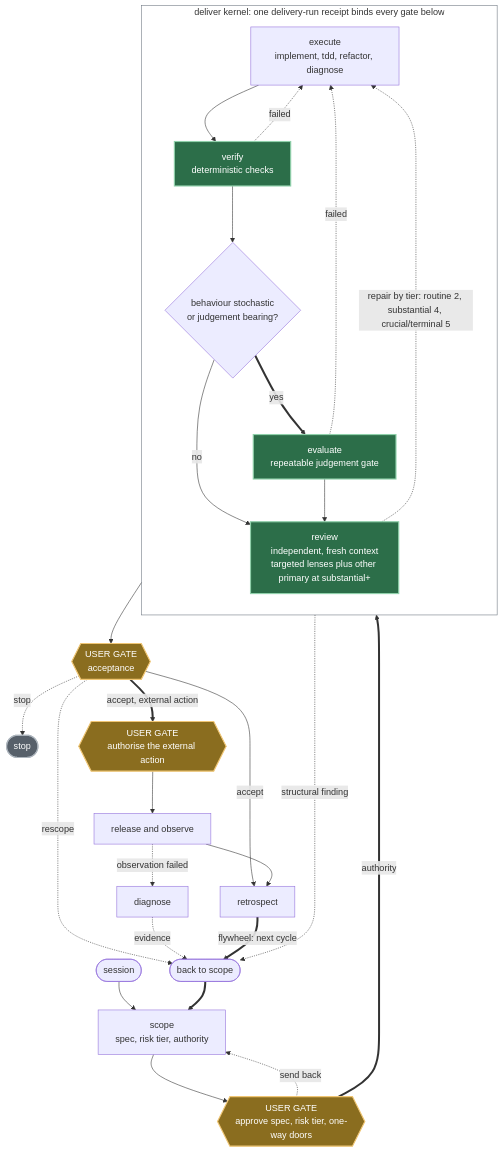
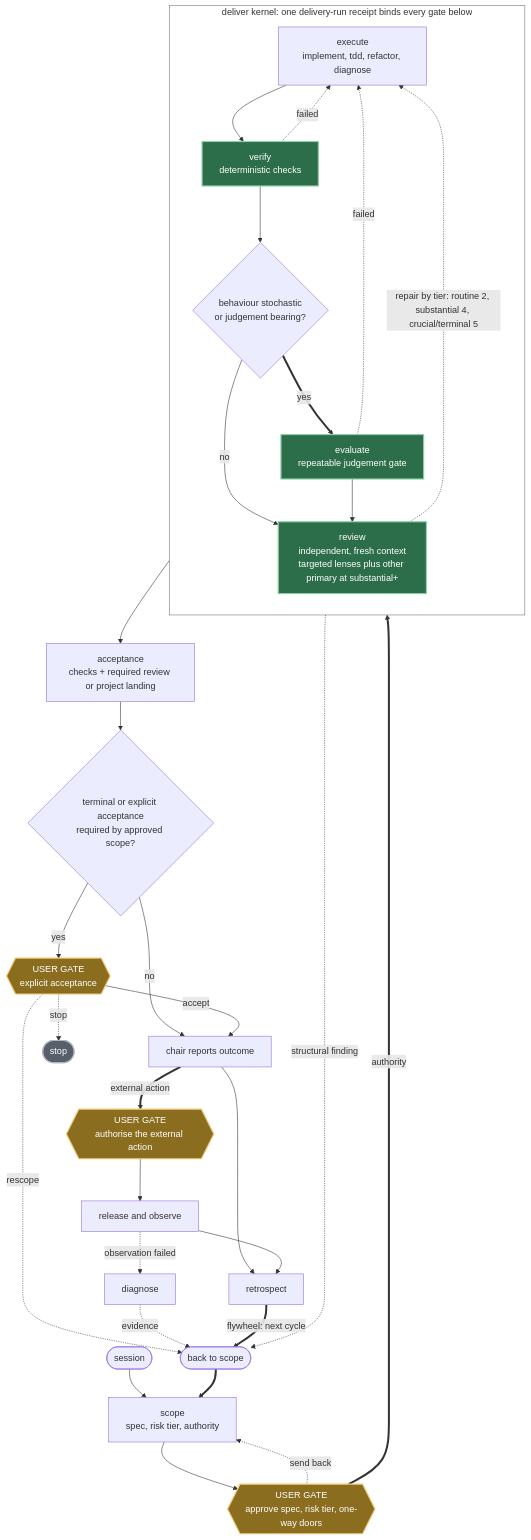
The first of 2 diagrams in docs/ARCHITECTURE.md (mblauberg/provenant), drawn with Mermaid before and after one commit. The commit also changed other lines of this file and 45 other files, not shown here.

Commit message:
docs: align delivery acceptance with checks

````diff
--- a/docs/ARCHITECTURE.md
+++ b/docs/ARCHITECTURE.md
@@ -73,43 +77,47 @@
 ```mermaid
 flowchart TB
-    accTitle: The full delivery lifecycle and its three user gates
-    accDescr: Session prepares context and scope produces the specification, risk tier and authority. A user gate approves the specification or sends it back to scope. Inside the deliver kernel, execute runs implement, tdd, refactor or diagnose, then deterministic verification runs, then a separate conditional evaluate gate runs only when behaviour is stochastic or judgement bearing, then independent targeted review and other-primary review run in fresh contexts that never authored the work. Review pressure scales with risk according to HARNESS.md, with stronger targeted and adversarial pressure at terminal. A failed check or blocking finding returns to execute under the risk-tier repair budget: routine 2 cycles, substantial 4, and crucial and terminal 5, a guardrail against unbounded loops, not a target. The user acceptance gate accepts, rescopes or stops. Any external action needs a separate user authorisation before release and observation. A failed observation opens diagnose. Every path that returns work to scope, a structural review finding, a rescope at the acceptance gate, diagnostic evidence and the retrospect flywheel, converges on one back-to-scope collector rather than five separate return edges.
+    accTitle: The full delivery lifecycle and its user gates
+    accDescr: Session prepares context and scope produces the specification, risk tier and authority. A user gate approves the specification or sends it back to scope. Inside the deliver kernel, execute runs implement, tdd, refactor or diagnose, then deterministic verification runs, then a separate conditional evaluate gate runs only when behaviour is stochastic or judgement bearing, then independent targeted review and other-primary review run in fresh contexts that never authored the work. Review pressure scales with risk according to HARNESS.md, with stronger targeted and adversarial pressure at terminal. A failed check or blocking finding returns to execute under the risk-tier repair budget: routine 2 cycles, substantial 4, and crucial and terminal 5, a guardrail against unbounded loops, not a target. Objective checks and tier-required review meet acceptance, or a project may name its landing gate. Explicit user acceptance is required only for terminal work or approved scope. The chair reports the outcome and the user may reject it. Any external action needs a separate user authorisation before release and observation. A failed observation opens diagnose. Every path that returns work to scope, a structural review finding, a rescope at the acceptance gate, diagnostic evidence and the retrospect flywheel, converges on one back-to-scope collector rather than five separate return edges.
     SE(["session"]) --> SC["scope<br/>spec, risk tier, authority"]
     SC --> G1{{"USER GATE<br/>approve spec, risk tier, one-way doors"}}
     G1 -. "send back" .-> SC
     G1 == "authority" ==> DEL
 
     subgraph DEL["deliver kernel: one delivery-run receipt binds every gate below"]
       direction TB
       EX["execute<br/>implement, tdd, refactor, diagnose"] --> VF["verify<br/>deterministic checks"]
       VF -. "failed" .-> EX
       VF --> Q{"behaviour stochastic<br/>or judgement bearing?"}
       Q -- "no" --> RV
       Q == "yes" ==> EV["evaluate<br/>repeatable judgement gate"]
       EV -. "failed" .-> EX
       EV --> RV["review<br/>independent, fresh context<br/>targeted lenses plus other primary at substantial+"]
       RV -. "repair by tier: routine 2, substantial 4, crucial/terminal 5" .-> EX
     end
 
-    RV --> G2{{"USER GATE<br/>acceptance"}}
+    RV --> AC["acceptance<br/>checks + required review or project landing"]
+    AC --> Q2{"terminal or explicit acceptance<br/>required by approved scope?"}
+    Q2 -- "yes" --> G2{{"USER GATE<br/>explicit acceptance"}}
+    Q2 -- "no" --> OUT["chair reports outcome"]
+    G2 -- "accept" --> OUT
     G2 -. "stop" .-> HALT(["stop"])
-    G2 -- "accept" --> RT["retrospect"]
-    G2 == "accept, external action" ==> G3{{"USER GATE<br/>authorise the external action"}}
+    OUT --> RT["retrospect"]
+    OUT == "external action" ==> G3{{"USER GATE<br/>authorise the external action"}}
     G3 --> RL["release and observe"]
     RL -. "observation failed" .-> DG["diagnose"]
     RL --> RT
 
     RV -. "structural finding" .-> RS
     G2 -. "rescope" .-> RS
     DG -. "evidence" .-> RS
     RT == "flywheel: next cycle" ==> RS
     RS(["back to scope"]) ==> SC
 
     classDef user fill:#8a6d1f,stroke:#f0c674,color:#ffffff,stroke-width:2px
     classDef blocking fill:#2c6e49,stroke:#8fd0aa,color:#ffffff,stroke-width:2px
     classDef inert fill:#57606a,stroke:#adb5bd,color:#ffffff,stroke-width:2px
     class G1,G2,G3 user
     class VF,EV,RV blocking
     class HALT inert
     style DEL fill:none,stroke:#6e7781,stroke-width:1px
 ```
````
